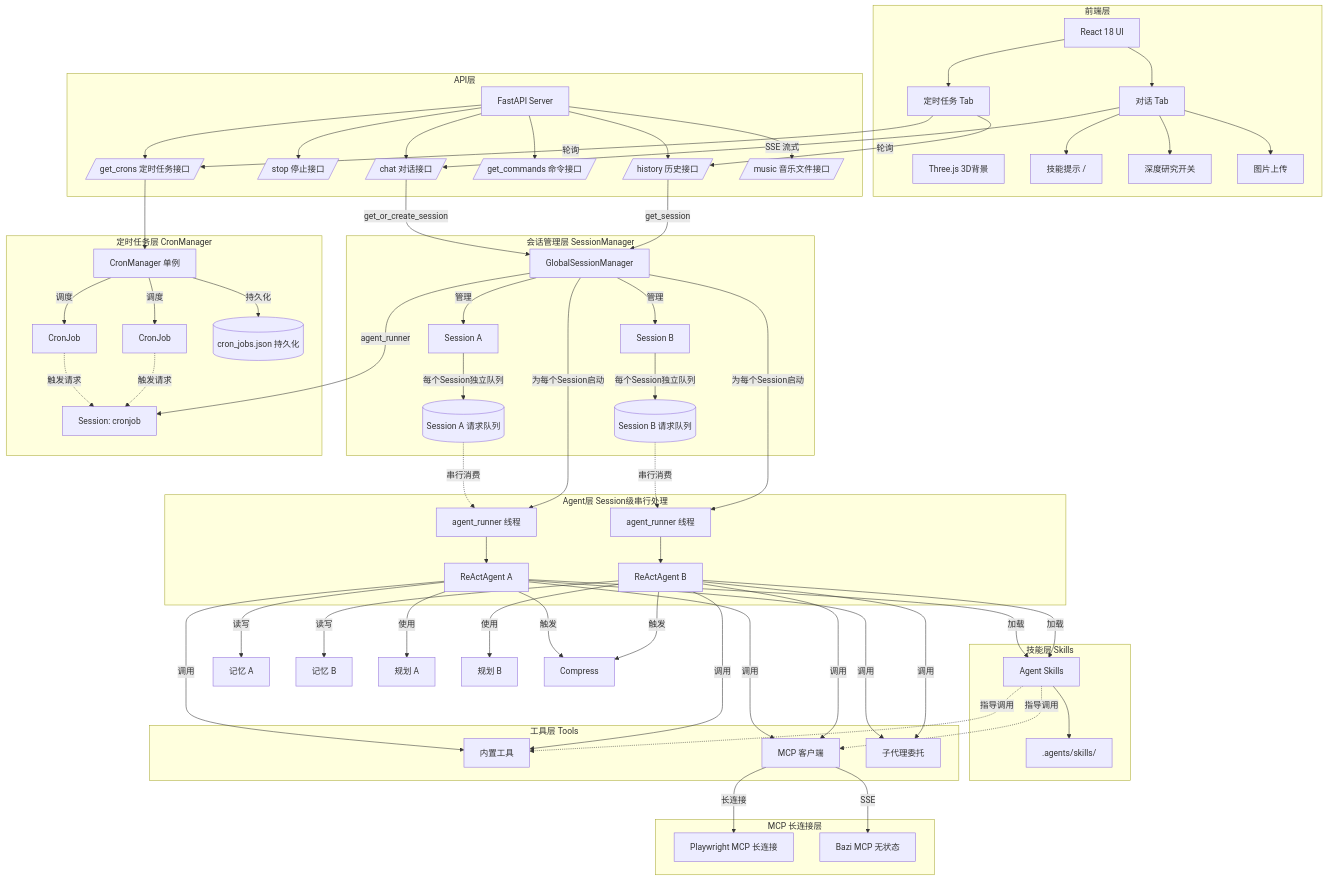
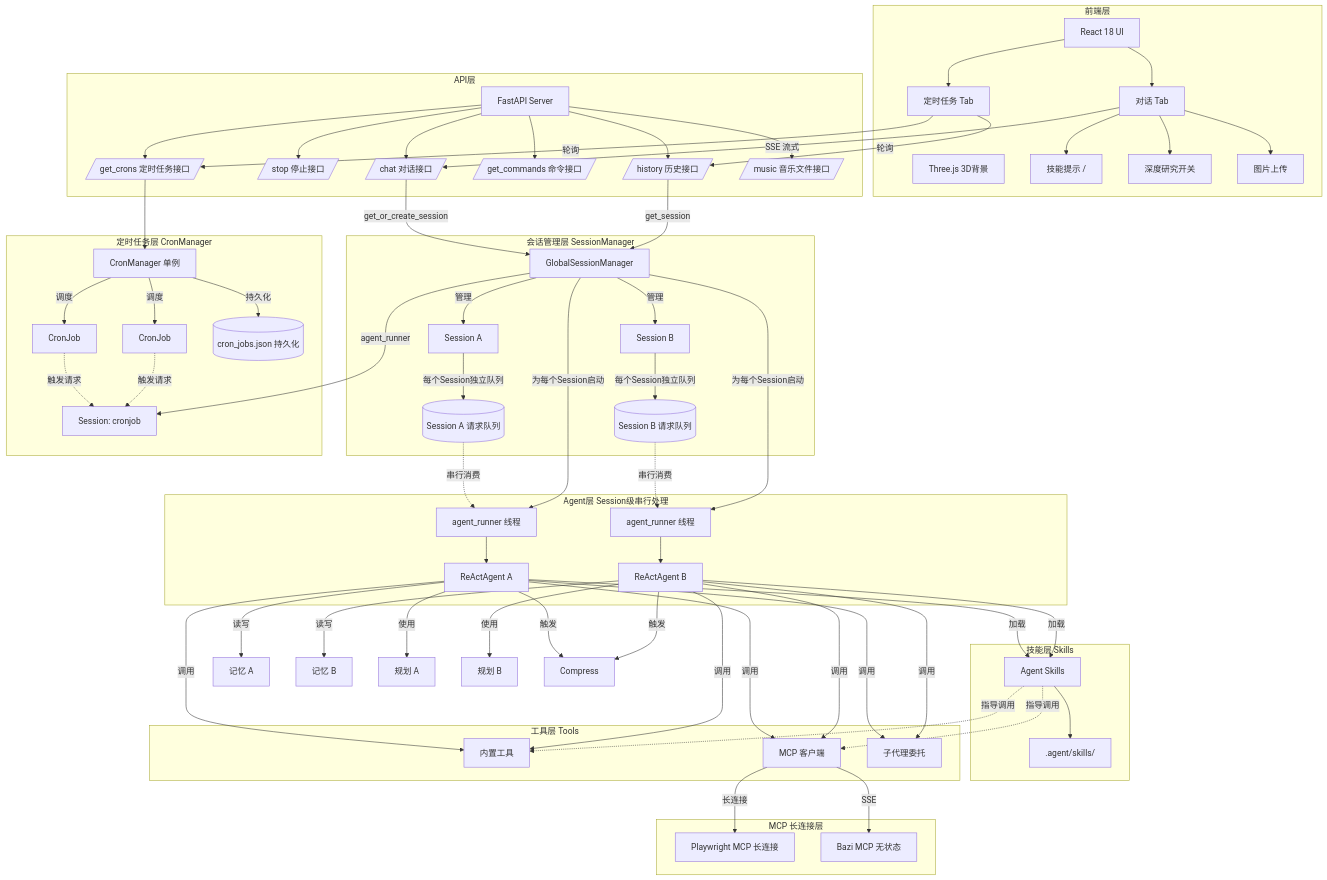
The diagram in README.md (owenliang/openclaw), drawn with Mermaid before and after one commit. The commit also changed other lines of this file and 79 other files, not shown here.

```diff
--- a/README.md
+++ b/README.md
@@ -112,7 +112,7 @@
 
     subgraph "技能层 Skills"
         Skills[Agent Skills]
-        SkillDir[.agents/skills/]
+        SkillDir[.agent/skills/]
         Skills --> SkillDir
     end
 
```
